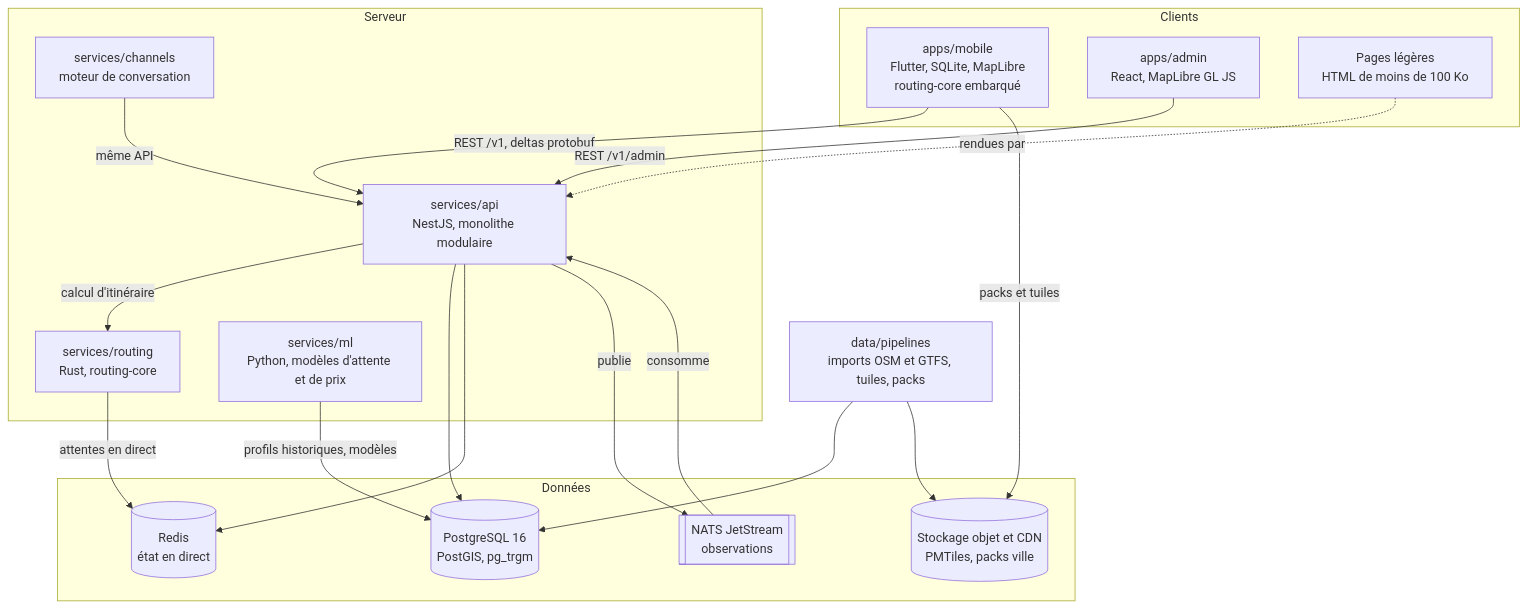
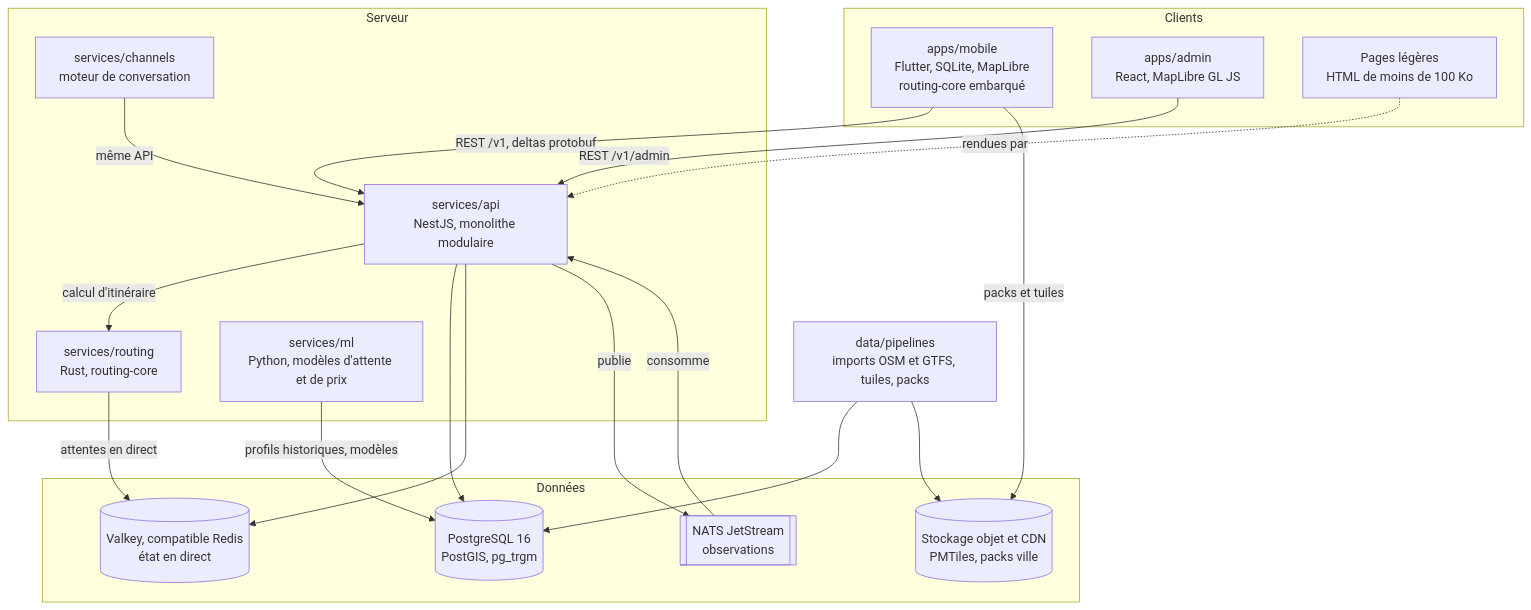
The second of 4 diagrams in docs/ARCHITECTURE.md (jaggerTheStone/nemesis), drawn with Mermaid before and after one commit. The commit also changed other lines of this file and 33 other files, not shown here.

````diff
--- a/docs/ARCHITECTURE.md
+++ b/docs/ARCHITECTURE.md
@@ -52,39 +52,39 @@
 ```mermaid
 flowchart TB
     subgraph clients["Clients"]
         mobile["apps/mobile<br/>Flutter, SQLite, MapLibre<br/>routing-core embarqué"]
         admin["apps/admin<br/>React, MapLibre GL JS"]
         weblite["Pages légères<br/>HTML de moins de 100 Ko"]
     end
 
     subgraph serveur["Serveur"]
         api["services/api<br/>NestJS, monolithe modulaire"]
         routing["services/routing<br/>Rust, routing-core"]
         ml["services/ml<br/>Python, modèles d'attente et de prix"]
         channels["services/channels<br/>moteur de conversation"]
     end
 
     subgraph donnees["Données"]
         pg[("PostgreSQL 16<br/>PostGIS, pg_trgm")]
-        redis[("Redis<br/>état en direct")]
+        redis[("Valkey, compatible Redis<br/>état en direct")]
         nats[["NATS JetStream<br/>observations"]]
         objet[("Stockage objet et CDN<br/>PMTiles, packs ville")]
     end
 
     pipelines["data/pipelines<br/>imports OSM et GTFS, tuiles, packs"]
 
     mobile -- "REST /v1, deltas protobuf" --> api
     mobile -- "packs et tuiles" --> objet
     admin -- "REST /v1/admin" --> api
     weblite -. "rendues par" .-> api
     channels -- "même API" --> api
     api -- "calcul d'itinéraire" --> routing
     api --> pg
     api --> redis
     api -- "publie" --> nats
     nats -- "consomme" --> api
     routing -- "attentes en direct" --> redis
     ml -- "profils historiques, modèles" --> pg
     pipelines --> pg
     pipelines --> objet
 ```
````
